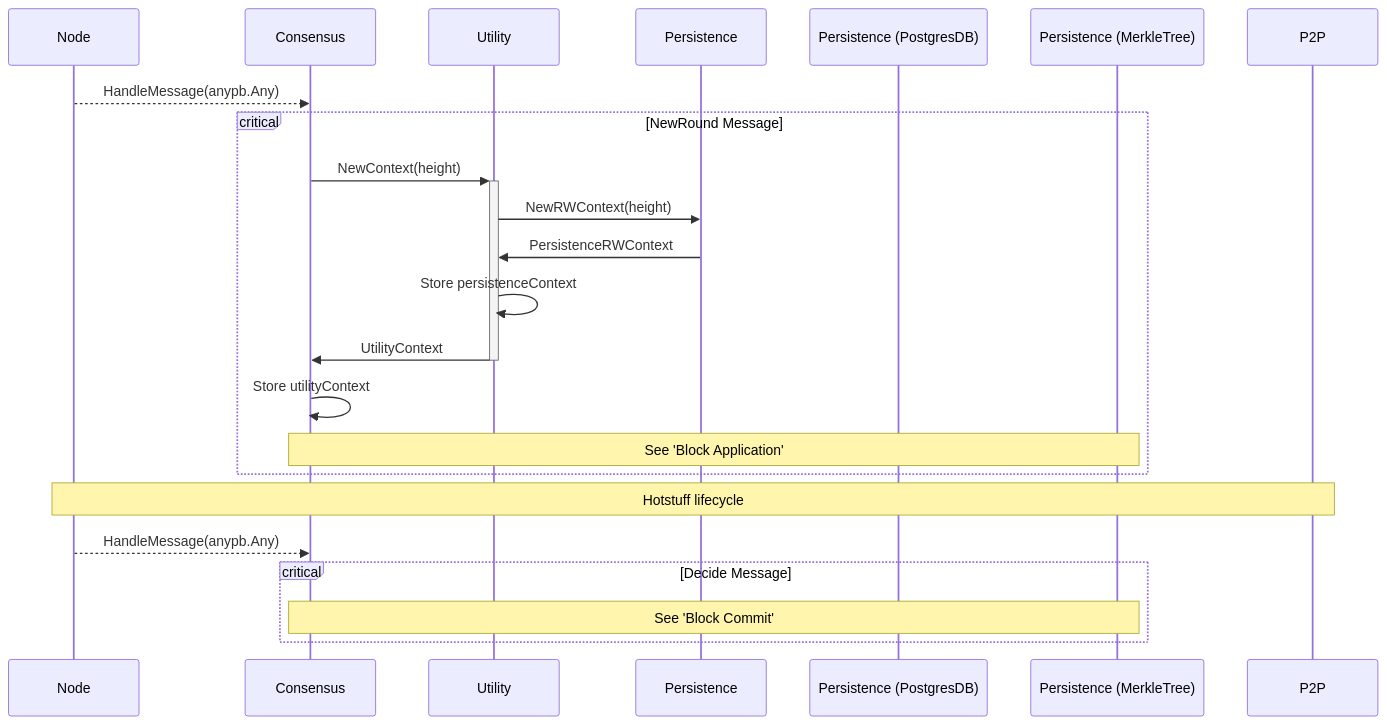
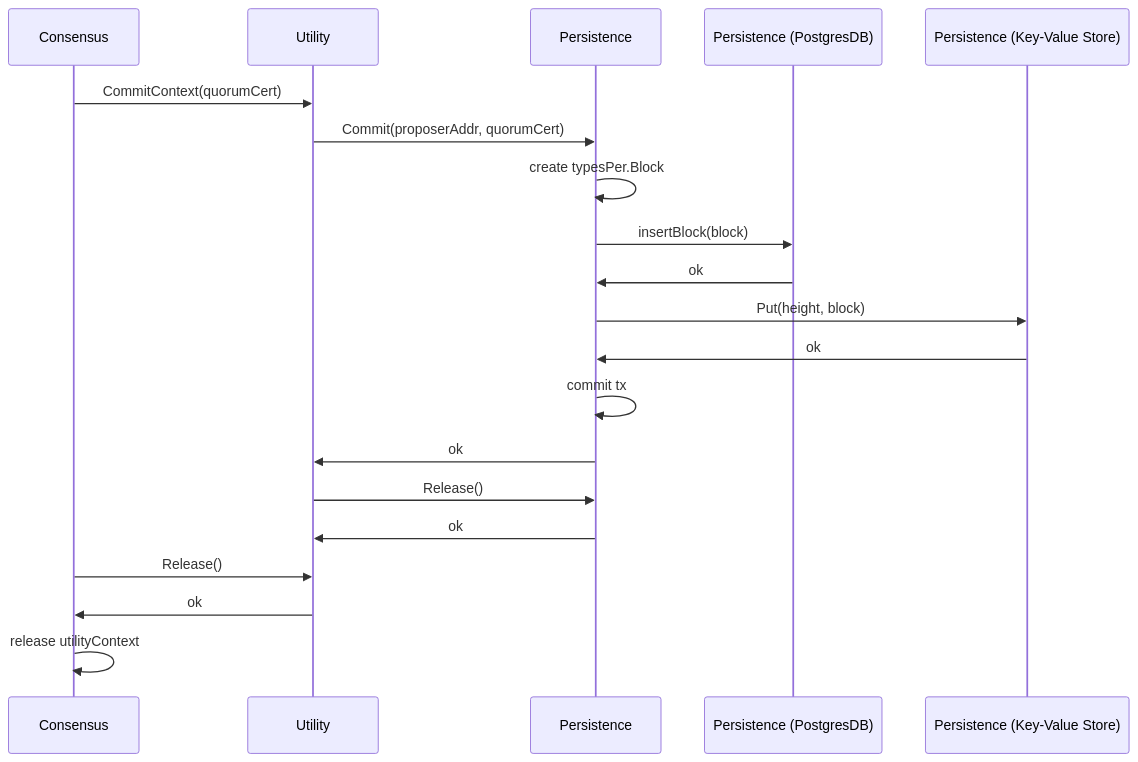
The second of 2 diagrams in shared/docs/flows/AppHash.md (pokt-network/pocket), drawn with Mermaid before and after one commit. The commit also changed other lines of this file and 4 other files, not shown here.

````diff
--- a/shared/docs/flows/AppHash.md
+++ b/shared/docs/flows/AppHash.md
@@ -5,28 +48,23 @@
 ```mermaid
 sequenceDiagram
     %% autonumber
-    participant N as Node
     participant C as Consensus
     participant U as Utility
     participant P as Persistence
     participant PP as Persistence (PostgresDB)
-    participant PM as Persistence (MerkleTree)
-    participant P2P as P2P
-
-    %% Should this be P2P?
-    N-->>C: HandleMessage(anypb.Any)
-    critical NewRound Message
-        C->>+U: NewContext(height)
-        U->>P: NewRWContext(height)
-        P->>U: PersistenceRWContext
-        U->>U: Store persistenceContext
-        U->>-C: UtilityContext
-        C->>C: Store utilityContext
-        Note over C, PM: See 'Block Application'
-    end
-    Note over N, P2P: Hotstuff lifecycle
-    N-->>C: HandleMessage(anypb.Any)
-    critical Decide Message
-        Note over C, PM: See 'Block Commit'
-    end
+    participant PK as Persistence (Key-Value Store)
+    C->>U: CommitContext(quorumCert)
+    U->>P: Commit(proposerAddr, quorumCert)
+    P->>P: create typesPer.Block
+    P->>PP: insertBlock(block)
+    PP->>P: ok
+    P->>PK: Put(height, block)
+    PK->>P: ok
+    P->>P: commit tx
+    P->>U: ok
+    U->>P: Release()
+    P->>U: ok
+    C->>U: Release()
+    U->>C: ok
+    C->>C: release utilityContext
 ```
````
